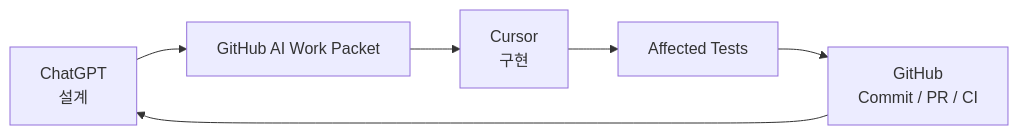
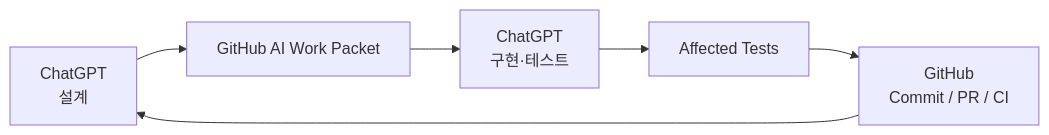
The diagram in ko/quickstart.mdx (datarelay-labs/engineering-system-docs), drawn with Mermaid before and after one commit. The commit also changed 21 other files, not shown here.

Commit message:
docs: make ChatGPT the default implementation path

```diff
--- a/ko/quickstart.mdx
+++ b/ko/quickstart.mdx
@@ -12,8 +12,8 @@
 ~~~mermaid
 flowchart LR
     A["ChatGPT<br/>설계"] --> B["GitHub AI Work Packet"]
-    B --> C["Cursor<br/>구현"]
+    B --> C["ChatGPT<br/>구현·테스트"]
     C --> D["Affected Tests"]
     D --> E["GitHub<br/>Commit / PR / CI"]
     E --> A
 ~~~
```
